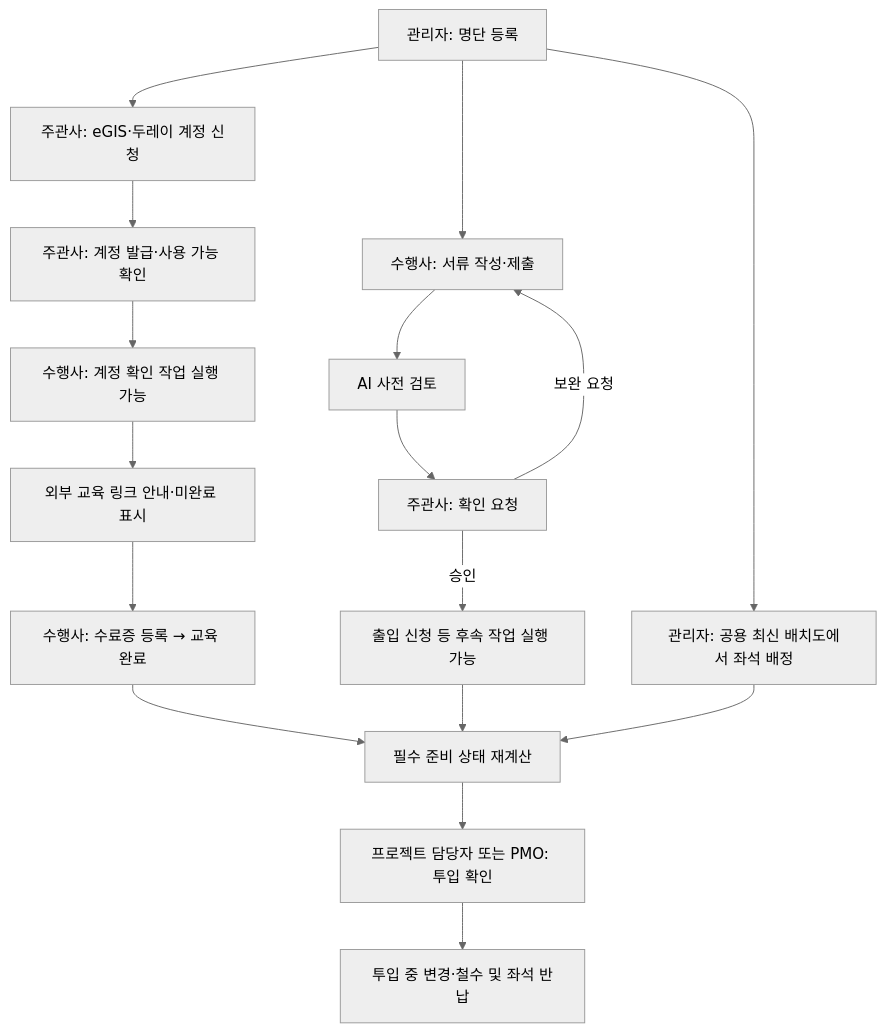
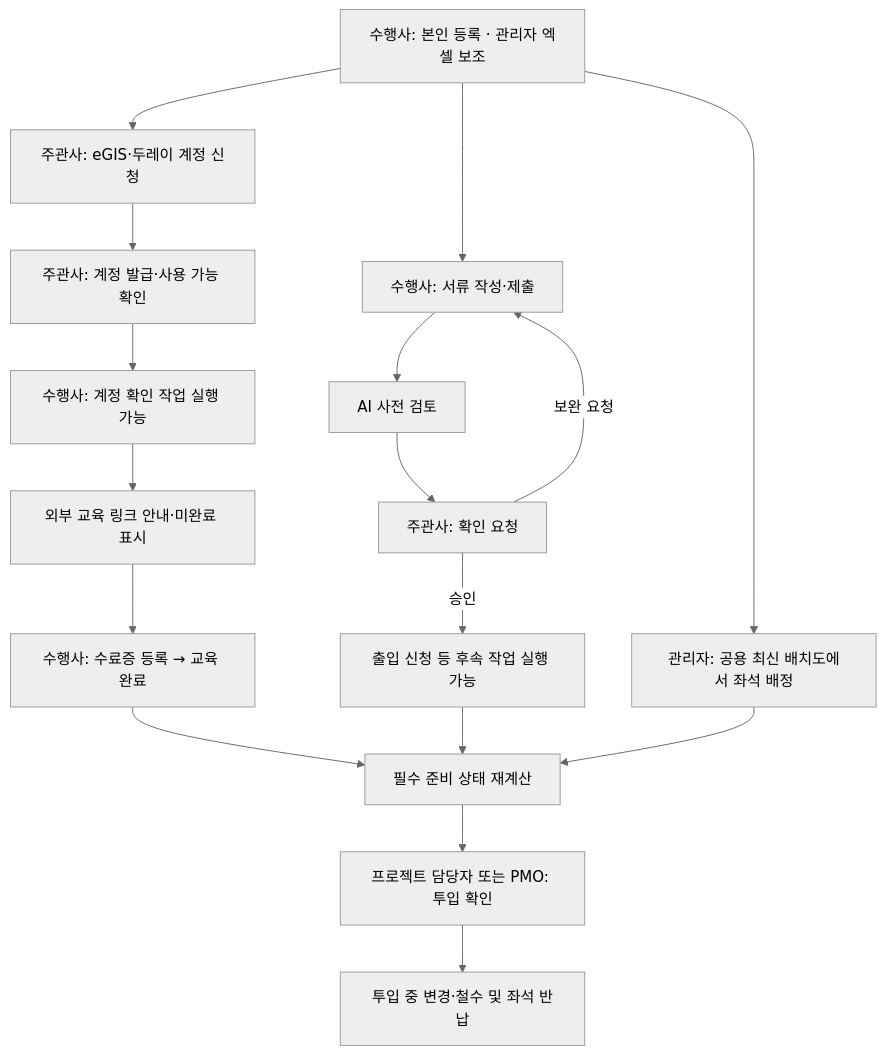
The diagram in docs/PMO-인력투입관리-서비스기획안.md (Kim-su-been/Equipment-Management), drawn with Mermaid (neutral theme) before and after one commit. The commit also changed other lines of this file and 22 other files, not shown here.

````diff
--- a/docs/PMO-인력투입관리-서비스기획안.md
+++ b/docs/PMO-인력투입관리-서비스기획안.md
@@ -117,19 +119,19 @@
 ```mermaid
 flowchart TD
-    A[관리자: 명단 등록] --> B[주관사: eGIS·두레이 계정 신청]
+    A[수행사: 본인 등록 · 관리자 엑셀 보조] --> B[주관사: eGIS·두레이 계정 신청]
     B --> C[주관사: 계정 발급·사용 가능 확인]
     C --> D[수행사: 계정 확인 작업 실행 가능]
     D --> E[외부 교육 링크 안내·미완료 표시]
     E --> F[수행사: 수료증 등록 → 교육 완료]
     A --> G[수행사: 서류 작성·제출]
     G --> H[AI 사전 검토]
     H --> I[주관사: 확인 요청]
     I -->|보완 요청| G
     I -->|승인| J[출입 신청 등 후속 작업 실행 가능]
     A --> K[관리자: 공용 최신 배치도에서 좌석 배정]
     F --> L[필수 준비 상태 재계산]
     J --> L
     K --> L
     L --> M[프로젝트 담당자 또는 PMO: 투입 확인]
     M --> N[투입 중 변경·철수 및 좌석 반납]
 ```
````
